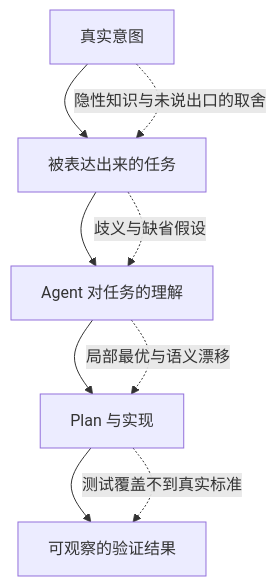
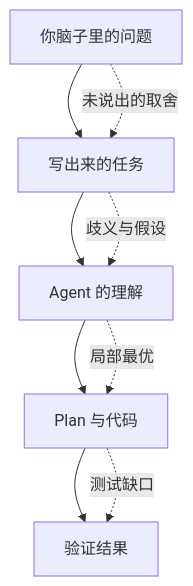
Before and after one commit to huangdi614/huangdi614.github.io: the diagram in _posts/2026-10-28-vibe-coding时如何缓解与agent的认知偏差.md, drawn with Mermaid. The commit also changed other lines of this file, not shown here.

````diff
--- a/_posts/2026-10-28-vibe-coding时如何缓解与agent的认知偏差.md
+++ b/_posts/2026-10-28-vibe-coding时如何缓解与agent的认知偏差.md
@@ -27,12 +27,12 @@
 ```mermaid
 flowchart TD
-    A[真实意图] --> B[被表达出来的任务]
-    B --> C[Agent 对任务的理解]
-    C --> D[Plan 与实现]
-    D --> E[可观察的验证结果]
+    A[你脑子里的问题] --> B[写出来的任务]
+    B --> C[Agent 的理解]
+    C --> D[Plan 与代码]
+    D --> E[验证结果]
 
-    A -. 隐性知识与未说出口的取舍 .-> B
-    B -. 歧义与缺省假设 .-> C
-    C -. 局部最优与语义漂移 .-> D
-    D -. 测试覆盖不到真实标准 .-> E
+    A -. 未说出的取舍 .-> B
+    B -. 歧义与假设 .-> C
+    C -. 局部最优 .-> D
+    D -. 测试缺口 .-> E
 ```
````
